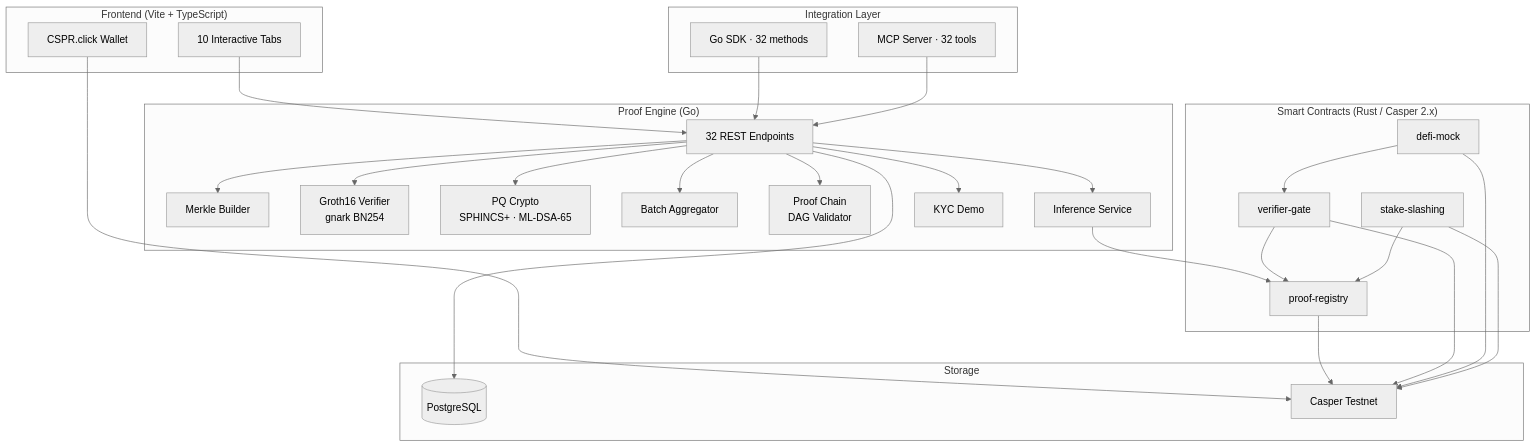
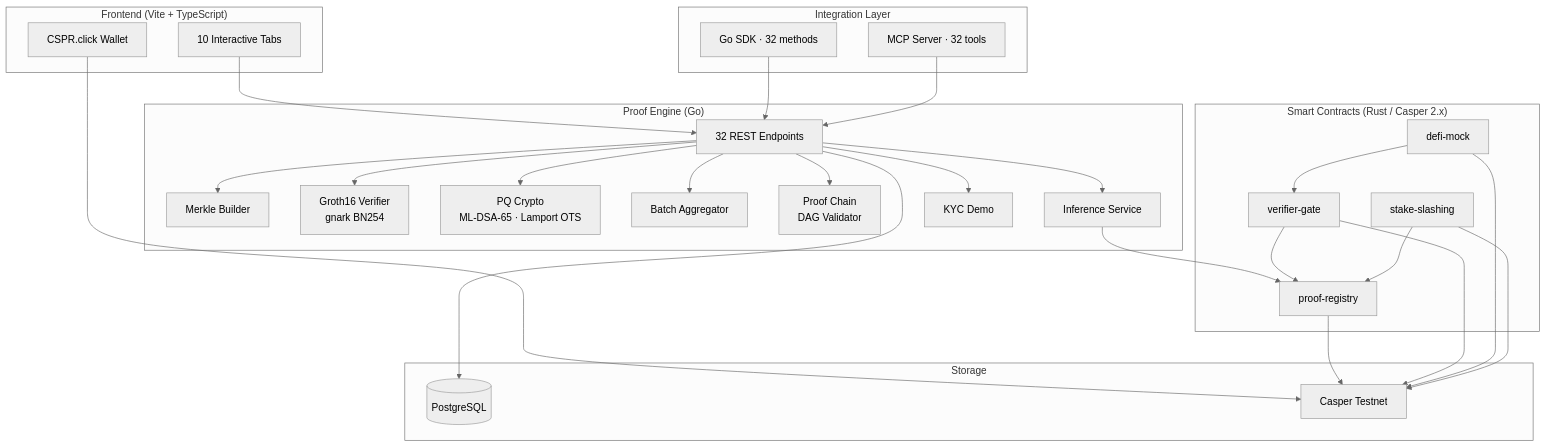
The first of 5 diagrams in docs/ARCHITECTURE.md (anna-stolbovskaja/CasperProver), drawn with Mermaid (neutral theme) before and after one commit. The commit also changed 6 other files, not shown here.

First line of the commit message:
docs(pq): align SPHINCS+ mentions with the actual Lamport-OTS implementation

````diff
--- a/docs/ARCHITECTURE.md
+++ b/docs/ARCHITECTURE.md
@@ -5,47 +5,47 @@
 ```mermaid
 graph TB
     subgraph "Frontend (Vite + TypeScript)"
         UI[10 Interactive Tabs]
         WC[CSPR.click Wallet]
     end
 
     subgraph "Proof Engine (Go)"
         API[32 REST Endpoints]
         MK[Merkle Builder]
         ZK[Groth16 Verifier<br/>gnark BN254]
-        PQ[PQ Crypto<br/>SPHINCS+ · ML-DSA-65]
+        PQ[PQ Crypto<br/>ML-DSA-65 · Lamport OTS]
         AG[Batch Aggregator]
         PC[Proof Chain<br/>DAG Validator]
         INF[Inference Service]
         KYC[KYC Demo]
     end
 
     subgraph "Smart Contracts (Rust / Casper 2.x)"
         PR[proof-registry]
         VG[verifier-gate]
         DM[defi-mock]
         SS[stake-slashing]
     end
 
     subgraph "Integration Layer"
         SDK[Go SDK · 32 methods]
         MCP[MCP Server · 32 tools]
     end
 
     subgraph "Storage"
         PG[(PostgreSQL)]
         CS[Casper Testnet]
     end
 
     UI --> API
     WC --> CS
     API --> MK & ZK & PQ & AG & PC & INF & KYC
     INF --> PR
     VG --> PR
     DM --> VG
     SS --> PR
     API --> PG
     SDK --> API
     MCP --> API
     PR & VG & DM & SS --> CS
 ```
````
